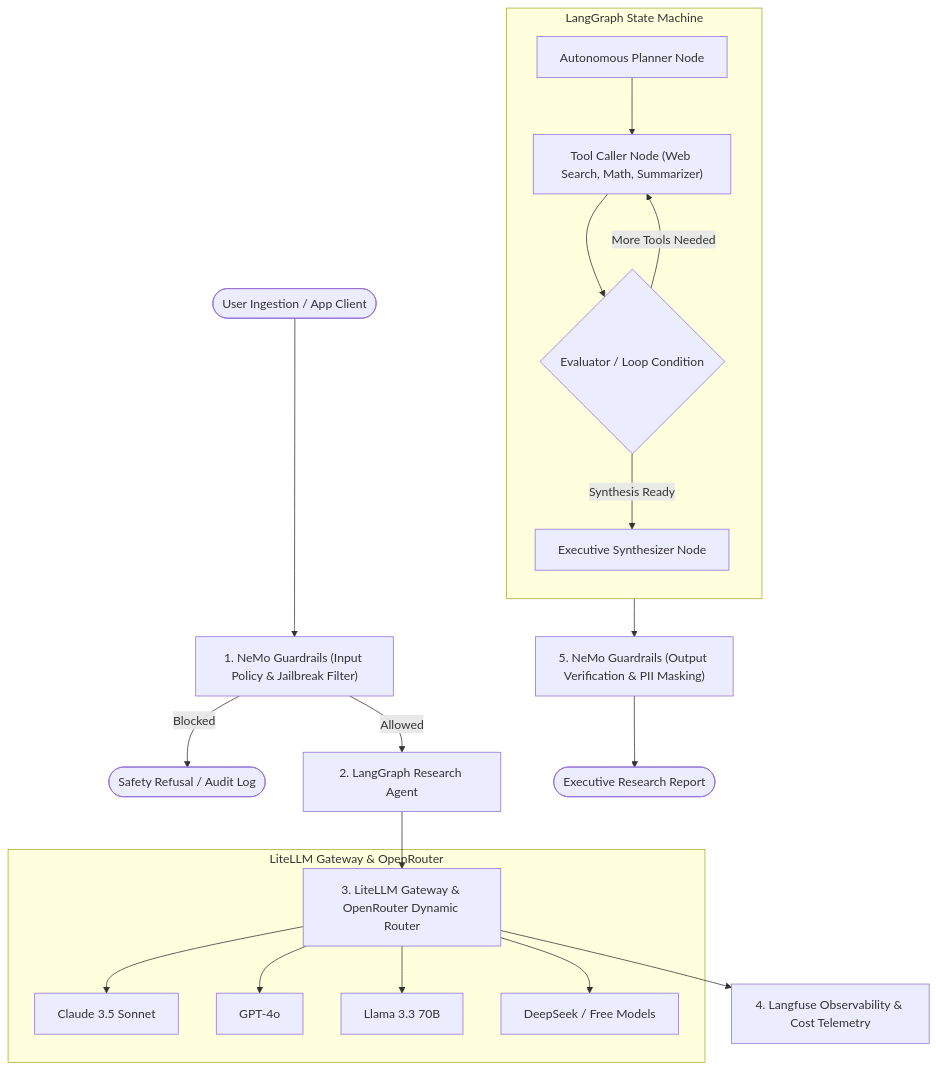
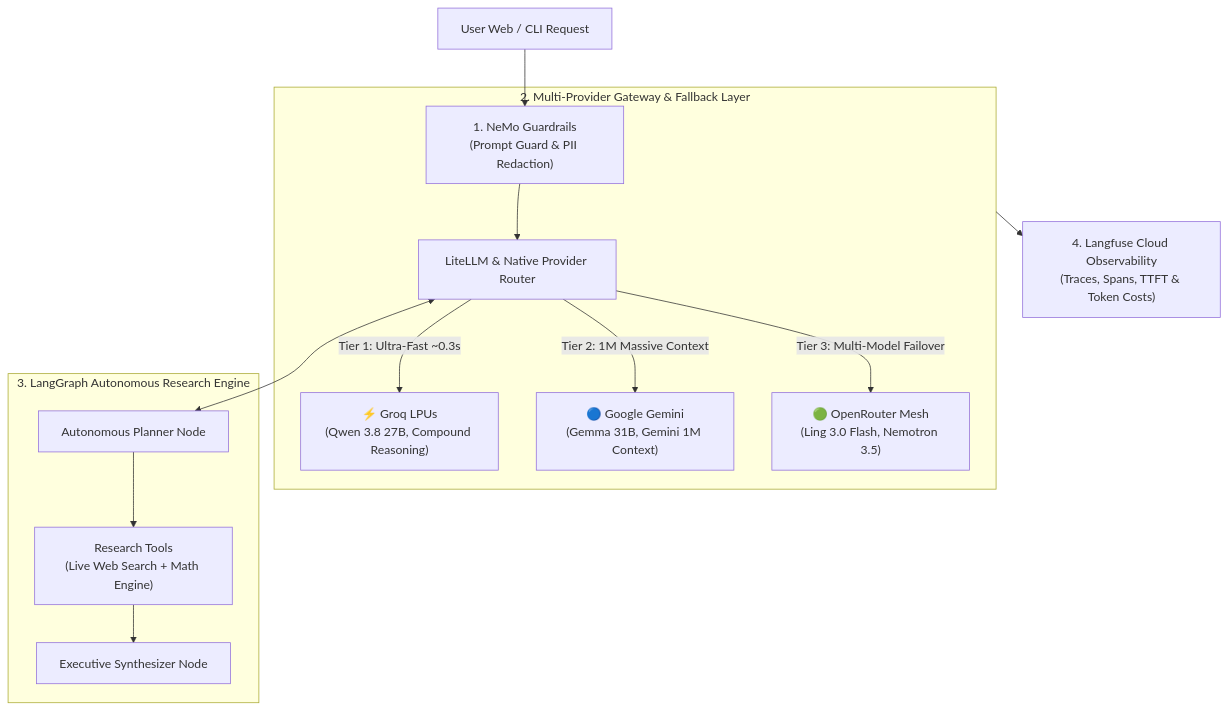
The diagram in README.md (sagarsambhwani/Framework-maxxing), drawn with Mermaid before and after one commit. The commit also changed other lines of this file and 39 other files, not shown here.

Commit message:
refactor: restructure codebase into clean domain-driven architecture with main.py CLI and examples

````diff
--- a/README.md
+++ b/README.md
@@ -5,27 +16,19 @@
 ```mermaid
 flowchart TD
-    User([User Ingestion / App Client]) --> RailsIn["1. NeMo Guardrails (Input Policy & Jailbreak Filter)"]
-    RailsIn -->|Blocked| Refusal([Safety Refusal / Audit Log])
-    RailsIn -->|Allowed| Graph["2. LangGraph Research Agent"]
+    UserQuery["User Web / CLI Request"] --> Guardrails["1. NeMo Guardrails\n(Prompt Guard & PII Redaction)"]
     
-    subgraph LangGraph ["LangGraph State Machine"]
-        direction TB
-        Planner["Autonomous Planner Node"] --> ToolExec["Tool Caller Node (Web Search, Math, Summarizer)"]
-        ToolExec --> Evaluator{"Evaluator / Loop Condition"}
-        Evaluator -->|More Tools Needed| ToolExec
-        Evaluator -->|Synthesis Ready| Synthesizer["Executive Synthesizer Node"]
+    subgraph RoutingGateway ["2. Multi-Provider Gateway & Fallback Layer"]
+        Guardrails --> Router["LiteLLM & Native Provider Router"]
+        Router -->|Tier 1: Ultra-Fast ~0.3s| Groq["⚡ Groq LPUs\n(Qwen 3.8 27B, Compound Reasoning)"]
+        Router -->|Tier 2: 1M Massive Context| Gemini["🔵 Google Gemini\n(Gemma 31B, Gemini 1M Context)"]
+        Router -->|Tier 3: Multi-Model Failover| OpenRouter["🟢 OpenRouter Mesh\n(Ling 3.0 Flash, Nemotron 3.5)"]
     end
     
-    Graph --> Gateway["3. LiteLLM Gateway & OpenRouter Dynamic Router"]
-    
-    subgraph GatewayLayer ["LiteLLM Gateway & OpenRouter"]
-        Gateway --> Claude["Claude 3.5 Sonnet"]
-        Gateway --> GPT4o["GPT-4o"]
-        Gateway --> Llama["Llama 3.3 70B"]
-        Gateway --> DeepSeek["DeepSeek / Free Models"]
+    subgraph AgentEngine ["3. LangGraph Autonomous Research Engine"]
+        Router <--> Planner["Autonomous Planner Node"]
+        Planner --> Tools["Research Tools\n(Live Web Search + Math Engine)"]
+        Tools --> Synthesizer["Executive Synthesizer Node"]
     end
     
-    Gateway --> Tracing["4. Langfuse Observability & Cost Telemetry"]
-    Synthesizer --> RailsOut["5. NeMo Guardrails (Output Verification & PII Masking)"]
-    RailsOut --> FinalReport([Executive Research Report])
+    RoutingGateway --> Observability["4. Langfuse Cloud Observability\n(Traces, Spans, TTFT & Token Costs)"]
 ```
````
